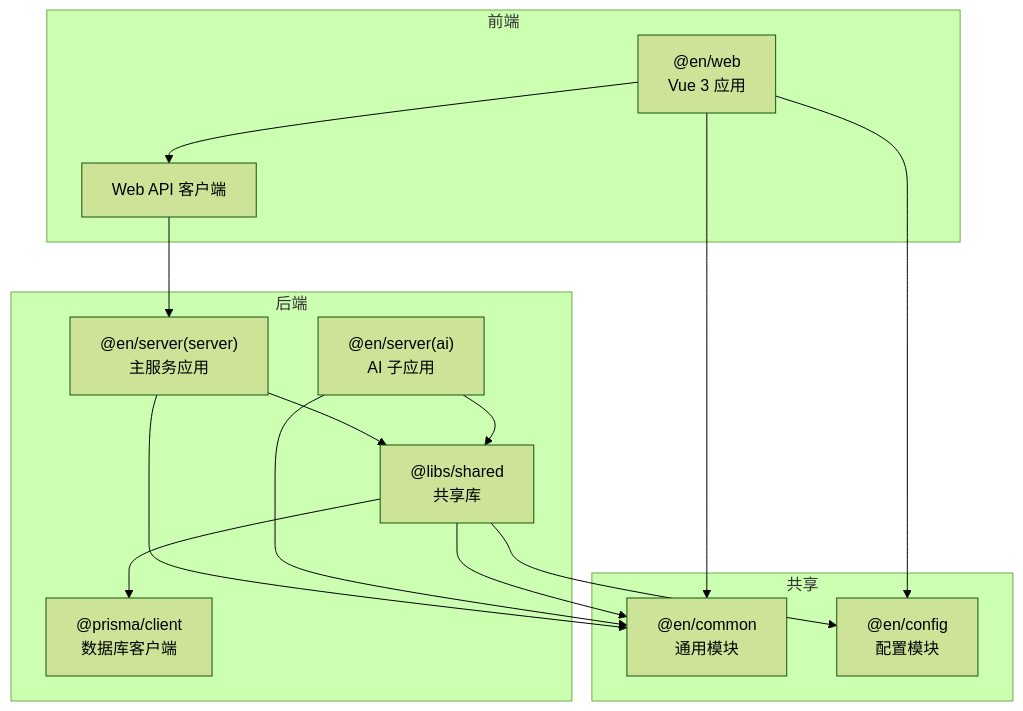
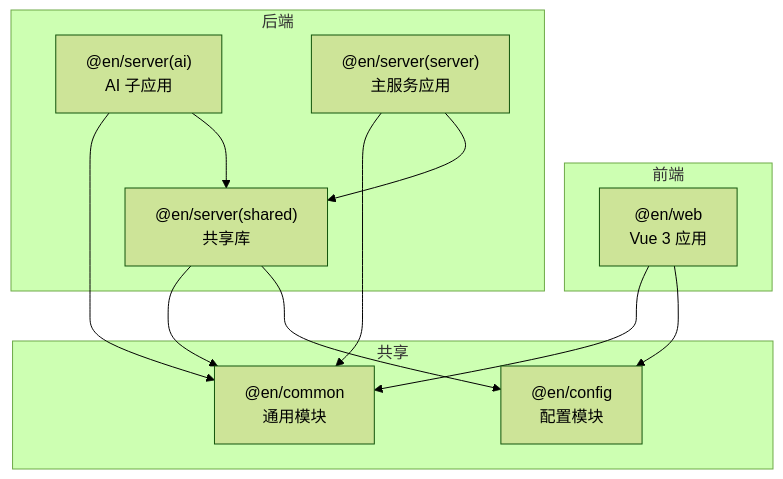
One commit to LihaoZDB/English-Study changed the second of 6 diagrams in .qoder/repowiki/zh/content/架构设计/Monorepo架构设计.md. Above: the diagram before and after it, drawn with Mermaid (forest theme). The commit also changed other lines of this file and 6 other files, not shown here.

````diff
--- a/.qoder/repowiki/zh/content/架构设计/Monorepo架构设计.md
+++ b/.qoder/repowiki/zh/content/架构设计/Monorepo架构设计.md
@@ -122,28 +89,23 @@
 ```mermaid
 graph TB
 subgraph "前端"
 Web["@en/web<br/>Vue 3 应用"]
-WebAxios["Web API 客户端"]
 end
 subgraph "后端"
 Ai["@en/server(ai)<br/>AI 子应用"]
 Srv["@en/server(server)<br/>主服务应用"]
-Shared["@libs/shared<br/>共享库"]
-Prisma["@prisma/client<br/>数据库客户端"]
+Shared["@en/server(shared)<br/>共享库"]
 end
 subgraph "共享"
 Common["@en/common<br/>通用模块"]
 Config["@en/config<br/>配置模块"]
 end
 Web --> Common
 Web --> Config
-Web --> WebAxios
-WebAxios --> Srv
+Srv --> Common
+Ai --> Common
 Srv --> Shared
 Ai --> Shared
-Shared --> Prisma
-Srv --> Common
-Ai --> Common
 Shared --> Common
 Shared --> Config
 ```
````
